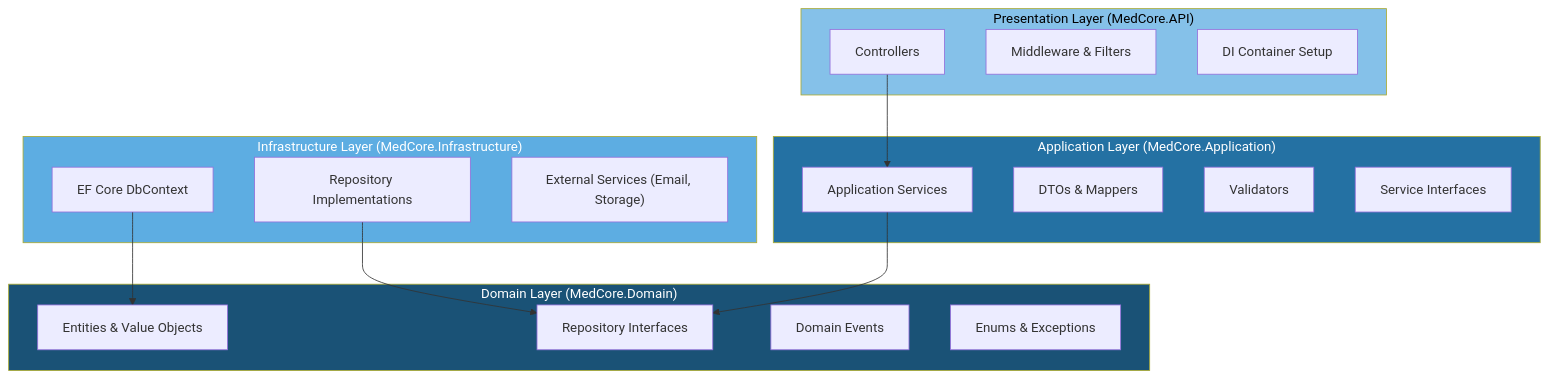
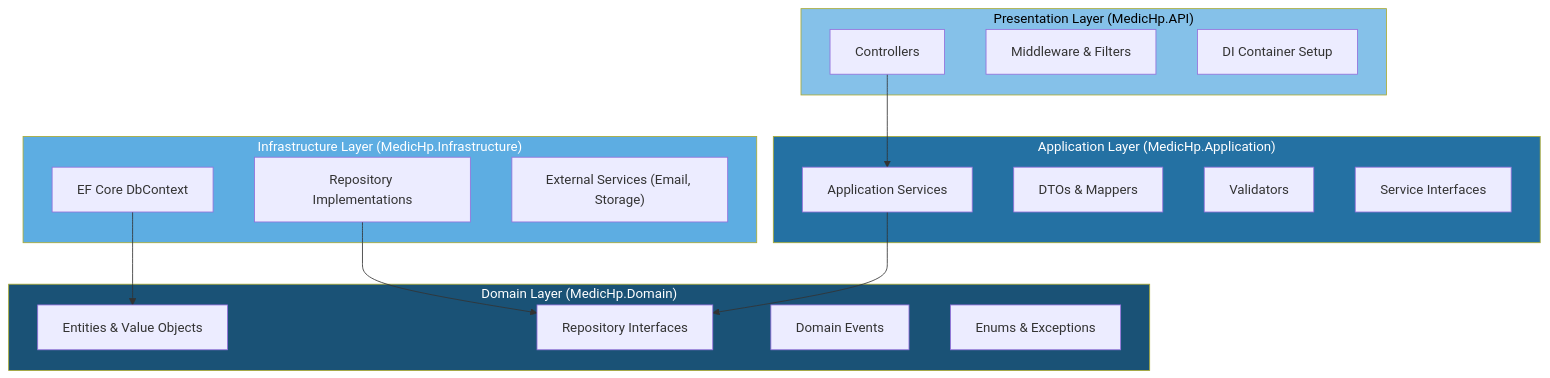
Before and after one commit to Mehboob-Ahmad/MedCore: the second of 3 diagrams in docs/Specifications/PROJECT_SPECIFICATION.md, drawn with Mermaid. The commit also changed other lines of this file and 703 other files, not shown here.

````diff
--- a/docs/Specifications/PROJECT_SPECIFICATION.md
+++ b/docs/Specifications/PROJECT_SPECIFICATION.md
@@ -388,38 +388,38 @@
 ```mermaid
 graph TB
-    subgraph Outermost ["Presentation Layer (MedCore.API)"]
+    subgraph Outermost ["Presentation Layer (MedicHp.API)"]
         Controllers["Controllers"]
         Middleware["Middleware & Filters"]
         DI["DI Container Setup"]
     end
 
-    subgraph Infrastructure ["Infrastructure Layer (MedCore.Infrastructure)"]
+    subgraph Infrastructure ["Infrastructure Layer (MedicHp.Infrastructure)"]
         EFCore["EF Core DbContext"]
         Repos["Repository Implementations"]
         External["External Services (Email, Storage)"]
     end
 
-    subgraph Application ["Application Layer (MedCore.Application)"]
+    subgraph Application ["Application Layer (MedicHp.Application)"]
         Services["Application Services"]
         DTOs["DTOs & Mappers"]
         Validators["Validators"]
         Interfaces["Service Interfaces"]
     end
 
-    subgraph Core ["Domain Layer (MedCore.Domain)"]
+    subgraph Core ["Domain Layer (MedicHp.Domain)"]
         Entities["Entities & Value Objects"]
         DomainInterfaces["Repository Interfaces"]
         DomainEvents["Domain Events"]
         Enums["Enums & Exceptions"]
     end
 
     Controllers --> Services
     Services --> DomainInterfaces
     Repos --> DomainInterfaces
     EFCore --> Entities
 
     style Core fill:#1a5276,color:#fff
     style Application fill:#2471a3,color:#fff
     style Infrastructure fill:#5dade2,color:#fff
     style Outermost fill:#85c1e9,color:#000
 ```
````
